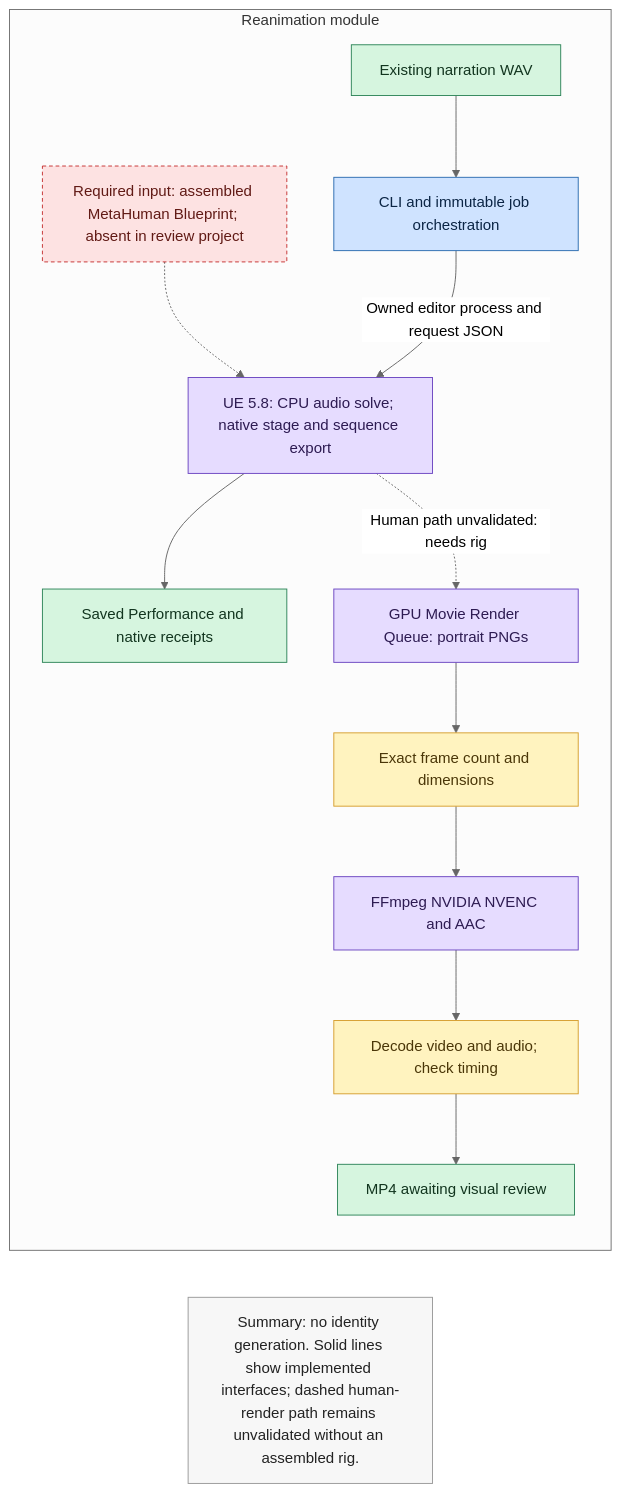
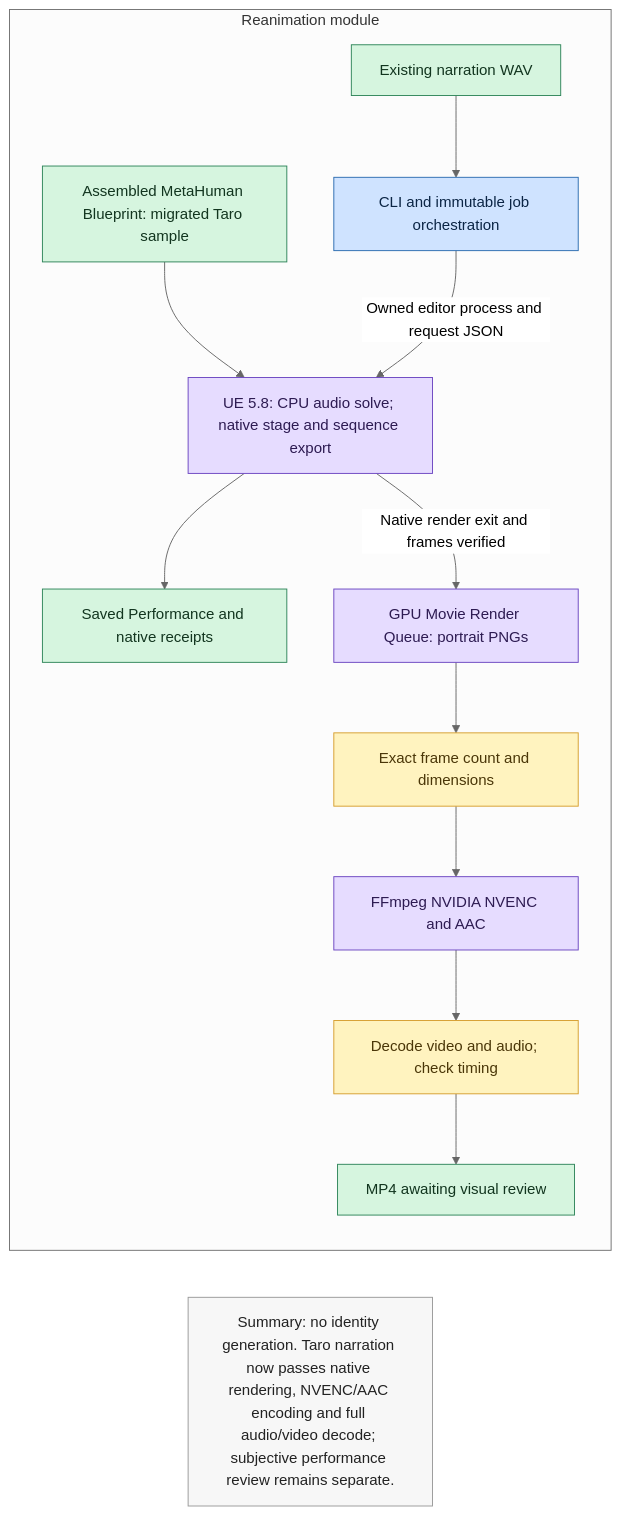
The diagram in docs/reanimation/dev.readme.md (Arka95/ailias), drawn with Mermaid (neutral theme) before and after one commit. The commit also changed other lines of this file and 8 other files, not shown here.

First line of the commit message:
Validate the full Taro narration reel and refine portrait staging

````diff
--- a/docs/reanimation/dev.readme.md
+++ b/docs/reanimation/dev.readme.md
@@ -13,23 +13,23 @@
 ```mermaid
 flowchart TB
     subgraph FLOW["Reanimation module"]
         direction TB
         WAV["Existing narration WAV"]:::store --> HOST["CLI and immutable job orchestration"]:::service
-        RIG["Required input: assembled MetaHuman Blueprint; absent in review project"]:::unknown -.-> UE
+        RIG["Assembled MetaHuman Blueprint: migrated Taro sample"]:::store --> UE
         HOST -->|Owned editor process and request JSON| UE["UE 5.8: CPU audio solve; native stage and sequence export"]:::external
         UE --> PERF["Saved Performance and native receipts"]:::store
-        UE -.->|Human path unvalidated: needs rig| GPU["GPU Movie Render Queue: portrait PNGs"]:::external
+        UE -->|Native render exit and frames verified| GPU["GPU Movie Render Queue: portrait PNGs"]:::external
         GPU --> CHECK["Exact frame count and dimensions"]:::gate
         CHECK --> ENC["FFmpeg NVIDIA NVENC and AAC"]:::external
         ENC --> VERIFY["Decode video and audio; check timing"]:::gate
         VERIFY --> MP4["MP4 awaiting visual review"]:::store
     end
     FLOW ~~~ SUMMARY
-    SUMMARY["Summary: no identity generation. Solid lines show implemented interfaces; dashed human-render path remains unvalidated without an assembled rig."]:::caption
+    SUMMARY["Summary: no identity generation. Taro narration now passes native rendering, NVENC/AAC encoding and full audio/video decode; subjective performance review remains separate."]:::caption
     classDef service fill:#cfe3ff,stroke:#2b6cb0,color:#0b2545
     classDef external fill:#e6dcff,stroke:#6b46c1,color:#2d1b52
     classDef store fill:#d6f5df,stroke:#2f855a,color:#12351f
     classDef gate fill:#fff3bf,stroke:#d69e2e,color:#4a3608
     classDef unknown fill:#fde2e2,stroke:#c53030,color:#611a15,stroke-dasharray:4 3
     classDef caption fill:#f7f7f7,stroke:#999,color:#222
 ```
````
